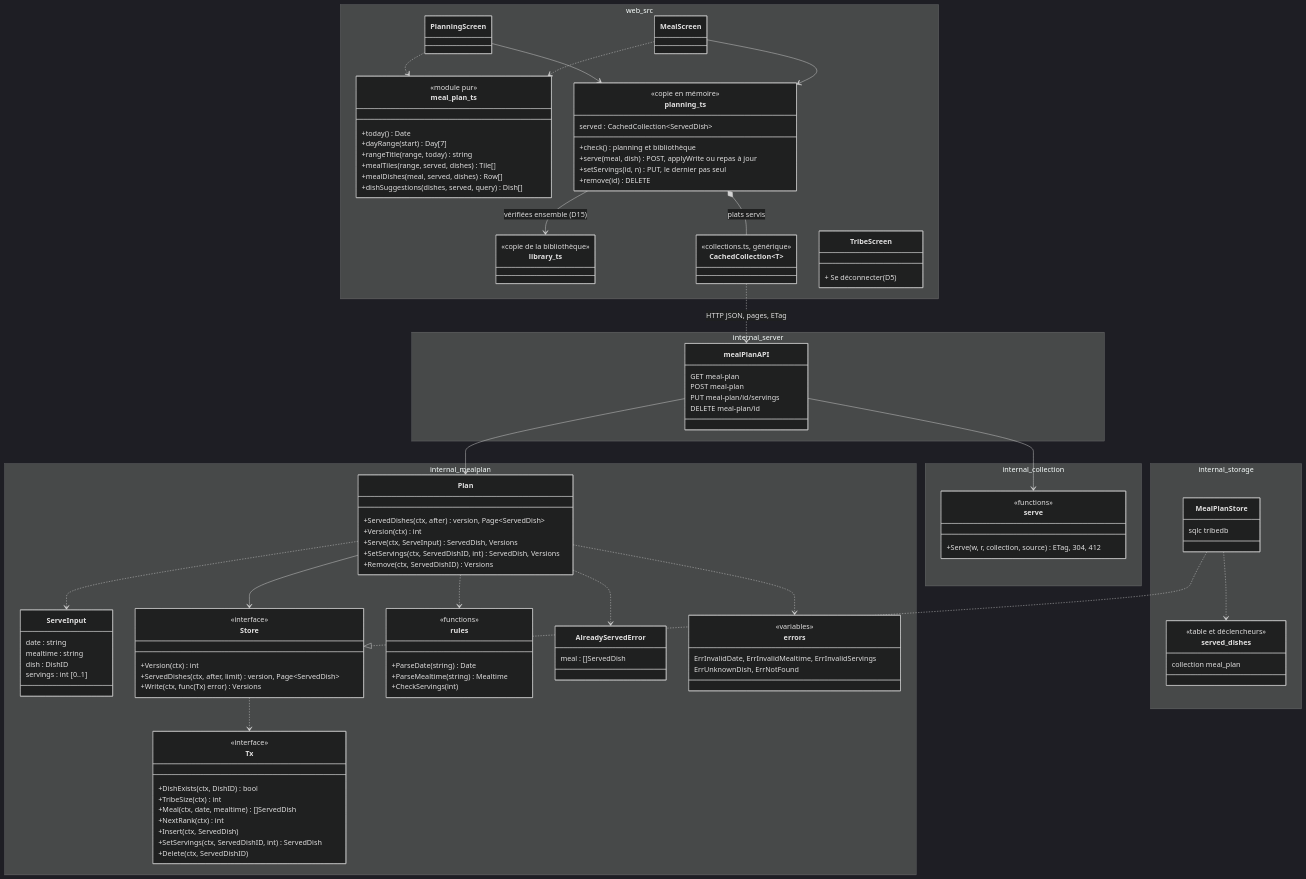
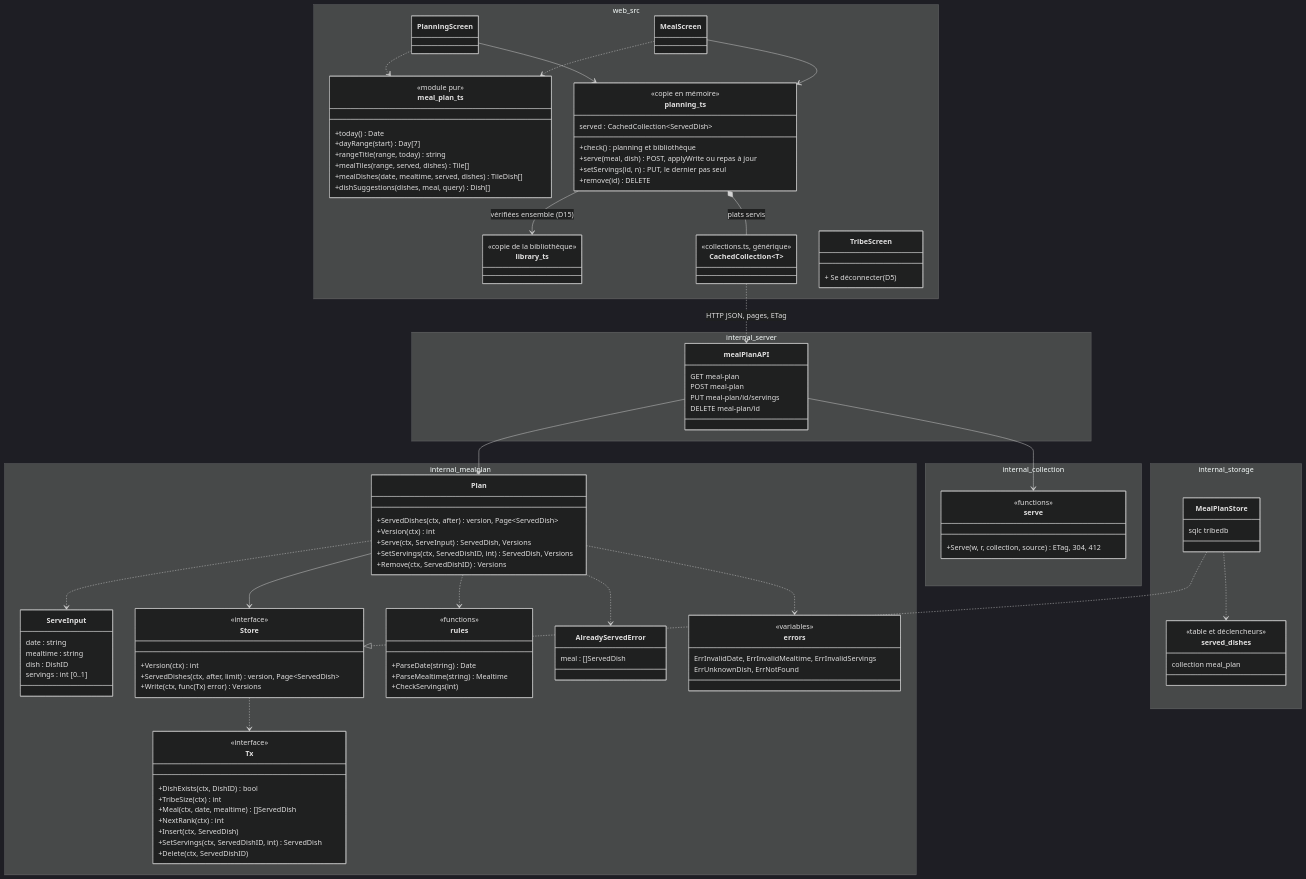
Before and after one commit to nelt/tribe-menus: the second of 6 diagrams in docs/conception/planning-des-repas.md, drawn with Mermaid (dark theme). The commit also changed other lines of this file and 26 other files, not shown here.

```diff
--- a/docs/conception/planning-des-repas.md
+++ b/docs/conception/planning-des-repas.md
@@ -142,8 +142,8 @@
             +dayRange(start) Day[7]
             +rangeTitle(range, today) string
             +mealTiles(range, served, dishes) Tile[]
-            +mealDishes(meal, served, dishes) Row[]
-            +dishSuggestions(dishes, served, query) Dish[]
+            +mealDishes(date, mealtime, served, dishes) TileDish[]
+            +dishSuggestions(dishes, meal, query) Dish[]
         }
         class planning_ts {
             <<copie en mémoire>>
```
